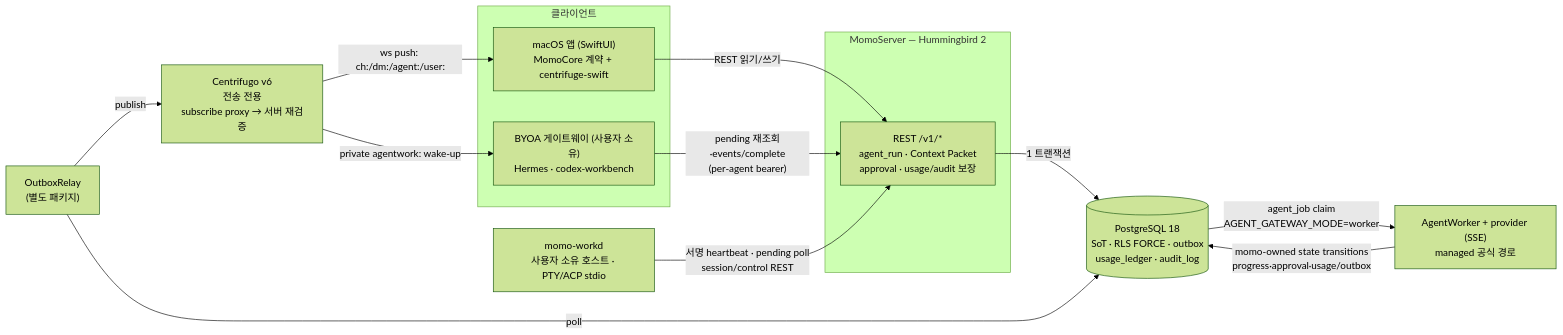
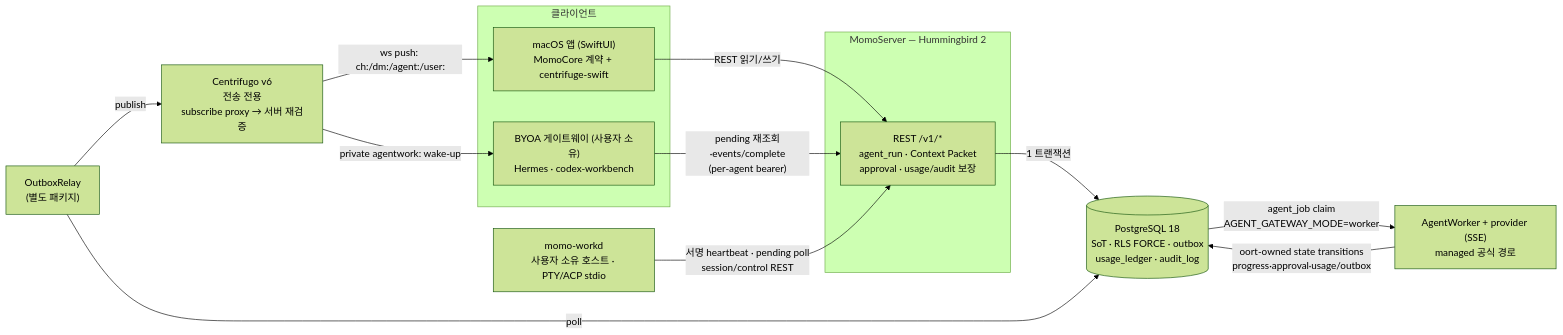
The first of 4 diagrams in docs/architecture/overview.md (yeomyeonggeori/oort), drawn with Mermaid (forest theme) before and after one commit. The commit also changed other lines of this file and 49 other files, not shown here.

````diff
--- a/docs/architecture/overview.md
+++ b/docs/architecture/overview.md
@@ -17,26 +17,26 @@
 ```mermaid
 flowchart LR
     subgraph clients [클라이언트]
         MAC["macOS 앱 (SwiftUI)<br/>MomoCore 계약 + centrifuge-swift"]
         HG["BYOA 게이트웨이 (사용자 소유)<br/>Hermes · codex-workbench"]
     end
     subgraph server [MomoServer — Hummingbird 2]
         API["REST /v1/*<br/>agent_run · Context Packet<br/>approval · usage/audit 보장"]
     end
     PG[("PostgreSQL 18<br/>SoT · RLS FORCE · outbox<br/>usage_ledger · audit_log")]
     RELAY["OutboxRelay<br/>(별도 패키지)"]
     CENT["Centrifugo v6<br/>전송 전용<br/>subscribe proxy → 서버 재검증"]
     AW["AgentWorker + provider (SSE)<br/>managed 공식 경로"]
     WD["momo-workd<br/>사용자 소유 호스트 · PTY/ACP stdio"]
 
     MAC -->|REST 읽기/쓰기| API
     HG -->|"pending 재조회·events/complete<br/>(per-agent bearer)"| API
     API -->|1 트랜잭션| PG
     RELAY -->|poll| PG
     RELAY -->|publish| CENT
     CENT -->|"ws push: ch:/dm:/agent:/user:"| MAC
     CENT -->|"private agentwork: wake-up"| HG
     PG -->|"agent_job claim<br/>AGENT_GATEWAY_MODE=worker"| AW
-    AW -->|"momo-owned state transitions<br/>progress·approval·usage/outbox"| PG
+    AW -->|"oort-owned state transitions<br/>progress·approval·usage/outbox"| PG
     WD -->|"서명 heartbeat · pending poll<br/>session/control REST"| API
 ```
````
